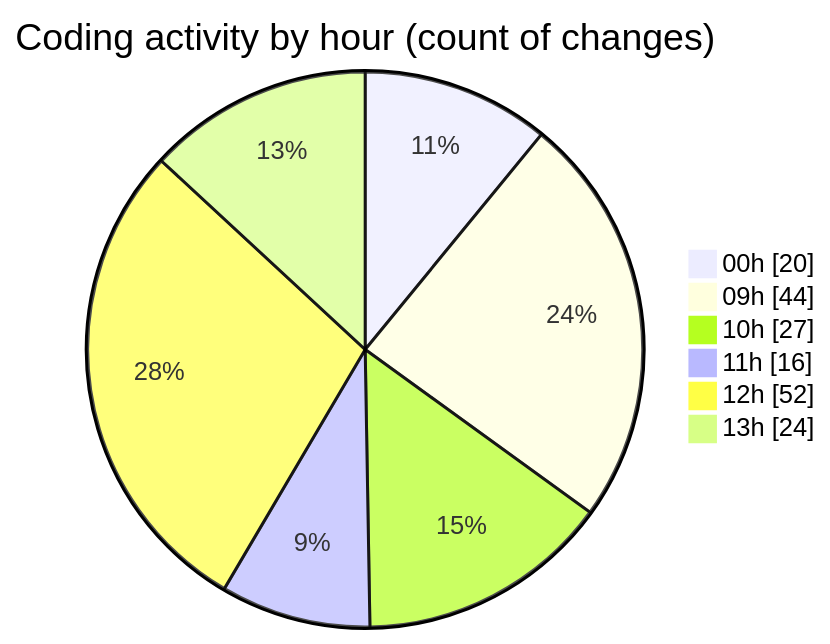
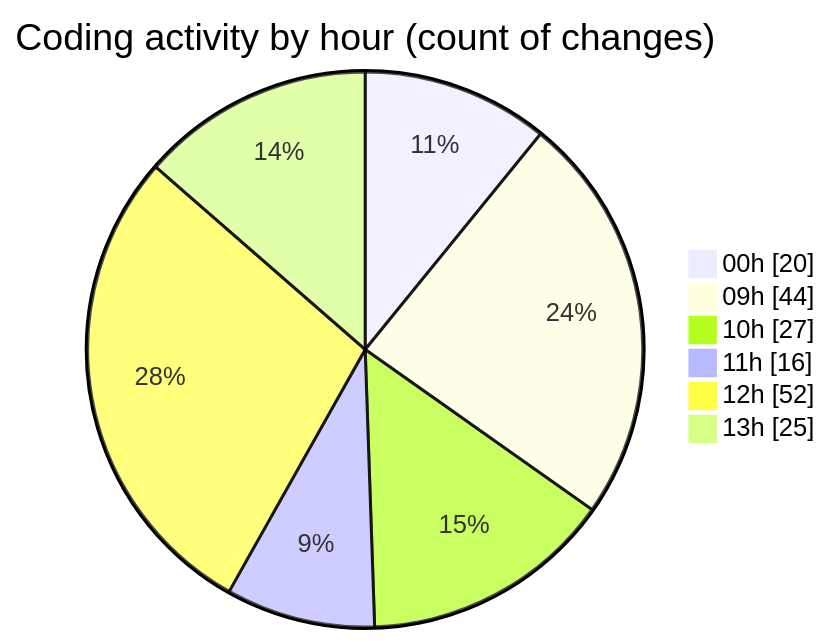
Before and after one commit to momahboobian/code-tracking: the second of 2 diagrams in 2025-03-19/cda/README.md, drawn with Mermaid. The commit also changed other lines of this file and 1 other file, not shown here.

````diff
--- a/2025-03-19/cda/README.md
+++ b/2025-03-19/cda/README.md
@@ -32,10 +32,10 @@
 ```mermaid
 pie showData
 title Coding activity by hour (count of changes)
 "00h" : 20
 "09h" : 44
 "10h" : 27
 "11h" : 16
 "12h" : 52
-"13h" : 24
+"13h" : 25
 ```
````
